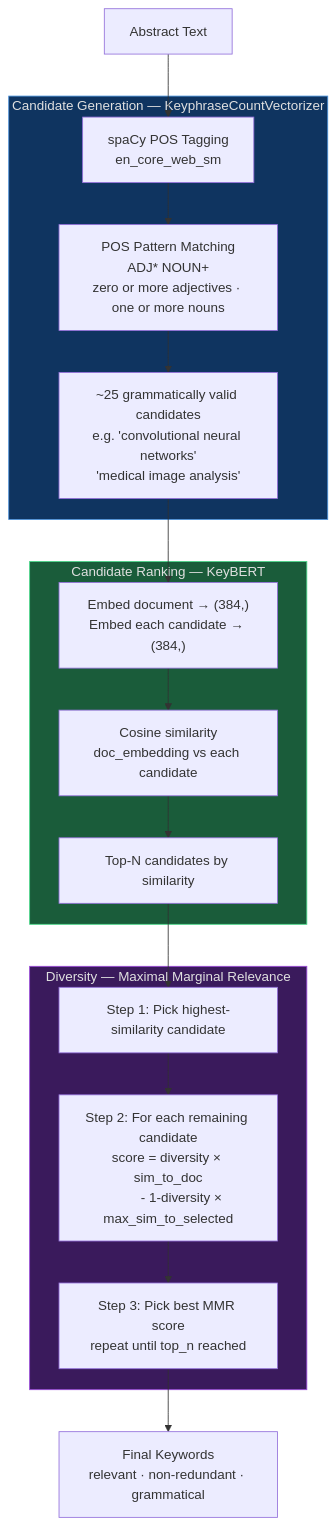
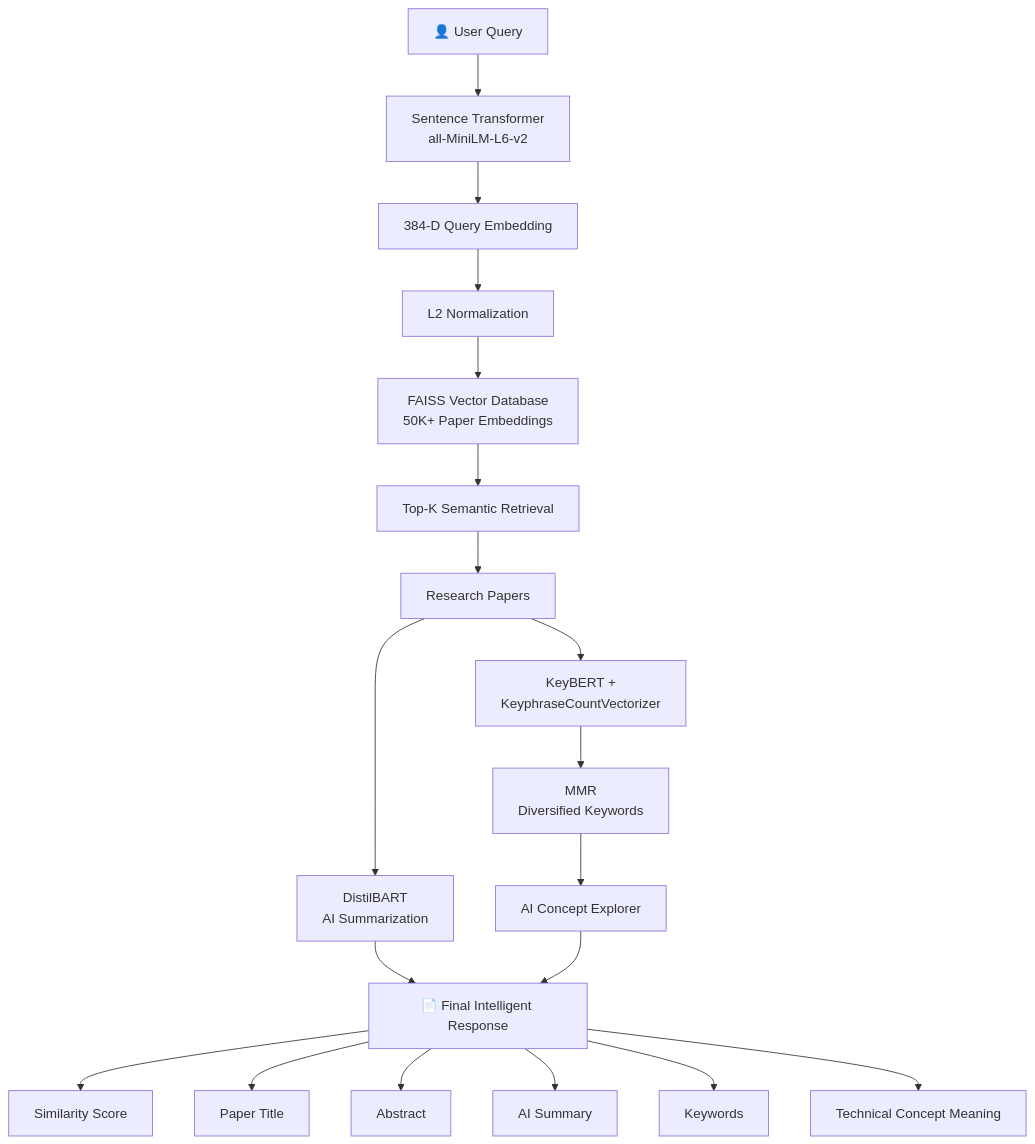
Before and after one commit to aayushdalal/Fanite: the diagram in README.md, drawn with Mermaid. The commit also changed other lines of this file, not shown here.

````diff
--- a/README.md
+++ b/README.md
@@ -353,28 +167,62 @@
 ```mermaid
 flowchart TD
-    A[Abstract Text] --> B
 
-    subgraph GEN ["Candidate Generation — KeyphraseCountVectorizer"]
-        B["spaCy POS Tagging<br/>en_core_web_sm"]
-        B --> C["POS Pattern Matching<br/>ADJ* NOUN+<br/>zero or more adjectives · one or more nouns"]
-        C --> D["~25 grammatically valid candidates<br/>e.g. 'convolutional neural networks'<br/>'medical image analysis'"]
-    end
+A["👤 User Query"]
 
-    subgraph RANK ["Candidate Ranking — KeyBERT"]
-        D --> E["Embed document → (384,)<br/>Embed each candidate → (384,)"]
-        E --> F["Cosine similarity<br/>doc_embedding vs each candidate"]
-        F --> G["Top-N candidates by similarity"]
-    end
+B["Sentence Transformer<br/>all-MiniLM-L6-v2"]
 
-    subgraph MMR ["Diversity — Maximal Marginal Relevance"]
-        G --> H["Step 1: Pick highest-similarity candidate"]
-        H --> I["Step 2: For each remaining candidate<br/>score = diversity × sim_to_doc<br/>        - 1-diversity × max_sim_to_selected"]
-        I --> J["Step 3: Pick best MMR score<br/>repeat until top_n reached"]
-    end
+C["384-D Query Embedding"]
 
-    J --> K["Final Keywords<br/>relevant · non-redundant · grammatical"]
+D["L2 Normalization"]
 
-    style GEN fill:#0f3460,stroke:#4a90d9,color:#e0e0e0
-    style RANK fill:#1a5c3a,stroke:#4ad98a,color:#e0e0e0
-    style MMR fill:#3a1a5c,stroke:#9a4ad9,color:#e0e0e0
+E["FAISS Vector Database<br/>50K+ Paper Embeddings"]
+
+F["Top-K Semantic Retrieval"]
+
+G["Research Papers"]
+
+H["DistilBART<br/>AI Summarization"]
+
+I["KeyBERT +<br/>KeyphraseCountVectorizer"]
+
+J["MMR<br/>Diversified Keywords"]
+
+K["AI Concept Explorer"]
+
+L["📄 Final Intelligent Response"]
+
+M["Similarity Score"]
+
+N["Paper Title"]
+
+O["Abstract"]
+
+P["AI Summary"]
+
+Q["Keywords"]
+
+R["Technical Concept Meaning"]
+
+A --> B
+B --> C
+C --> D
+D --> E
+E --> F
+F --> G
+
+G --> H
+G --> I
+
+I --> J
+J --> K
+
+H --> L
+K --> L
+
+L --> M
+L --> N
+L --> O
+L --> P
+L --> Q
+L --> R
 ```
````
